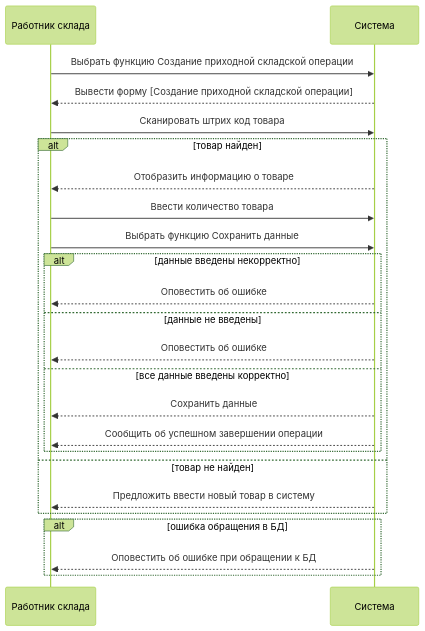
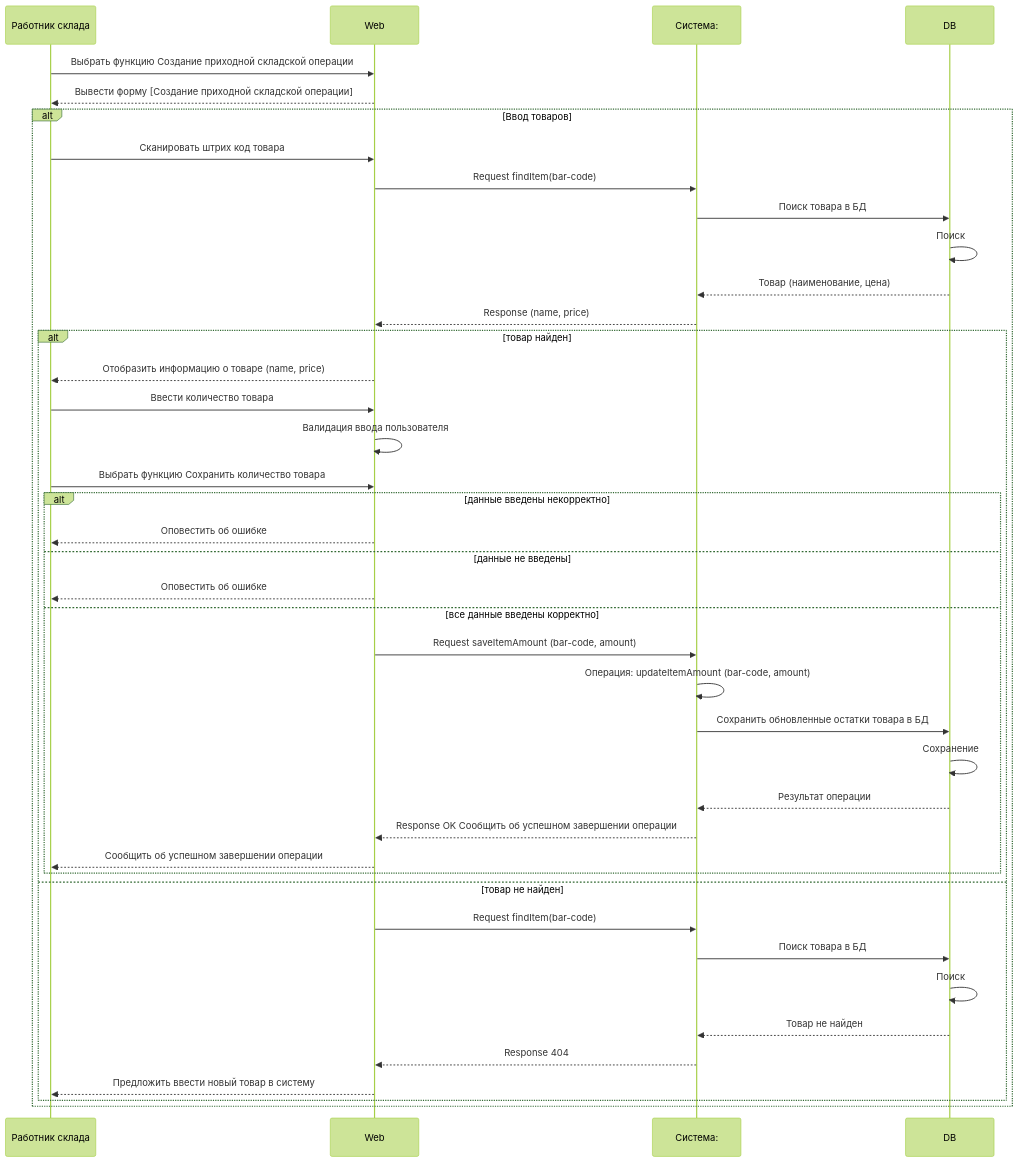
Before and after one commit to PortnovAlex80/node_js_pro: the diagram in api-warehouse/DraftReadme.md, drawn with Mermaid (forest theme). The commit also changed other lines of this file, not shown here.

````diff
--- a/api-warehouse/DraftReadme.md
+++ b/api-warehouse/DraftReadme.md
@@ -104,26 +1,48 @@
 ```mermaid
 sequenceDiagram
 participant R as Работник склада
-participant S as Система
-R ->> S: Выбрать функцию Создание приходной складской операции
-S -->> R: Вывести форму [Создание приходной складской операции]
-R ->> S: Сканировать штрих код товара
-alt товар найден
-    S -->> R: Отобразить информацию о товаре
-    R ->> S: Ввести количество товара
-    R ->> S: Выбрать функцию Сохранить данные
+participant W as Web
+participant S as Система:
+participant D as DB
+
+
+
+R ->> W: Выбрать функцию Создание приходной складской операции
+W -->> R: Вывести форму [Создание приходной складской операции]
+
+alt Ввод товаров
+R ->> W: Сканировать штрих код товара
+W ->> S: Request findItem(bar-code)
+S ->> D: Поиск товара в БД
+D ->> D: Поиск
+D -->> S: Товар (наименование, цена)
+S -->> W: Response (name, price)
+
+ alt товар найден
+	W -->> R: Отобразить информацию о товаре (name, price)
+    R ->> W: Ввести количество товара
+	W ->> W: Валидация ввода пользователя
+    R ->> W: Выбрать функцию Сохранить количество товара
     alt данные введены некорректно
-        S -->> R: Оповестить об ошибке
+        W -->> R: Оповестить об ошибке
     else данные не введены
-        S -->> R: Оповестить об ошибке
+        W -->> R: Оповестить об ошибке
     else все данные введены корректно
-        S -->> R: Сохранить данные
-        S -->> R: Сообщить об успешном завершении операции
+        W ->> S: Request saveItemAmount (bar-code, amount)
+        S ->> S: Операция: updateItemAmount (bar-code, amount)
+        S ->> D: Сохранить обновленные остатки товара в БД
+			D ->> D: Сохранение
+			D -->> S: Результат операции
+		S -->> W: Response OK Сообщить об успешном завершении операции
+        W -->> R: Сообщить об успешном завершении операции
     end
 else товар не найден
-    S -->> R: Предложить ввести новый товар в систему
+	W ->> S: Request findItem(bar-code)
+		S ->> D: Поиск товара в БД
+		D ->> D: Поиск
+		D -->> S: Товар не найден
+	S -->> W: Response 404
+    W -->> R: Предложить ввести новый товар в систему
 end
-alt ошибка обращения в БД
-    S -->> R: Оповестить об ошибке при обращении к БД
 end
 ```
````
